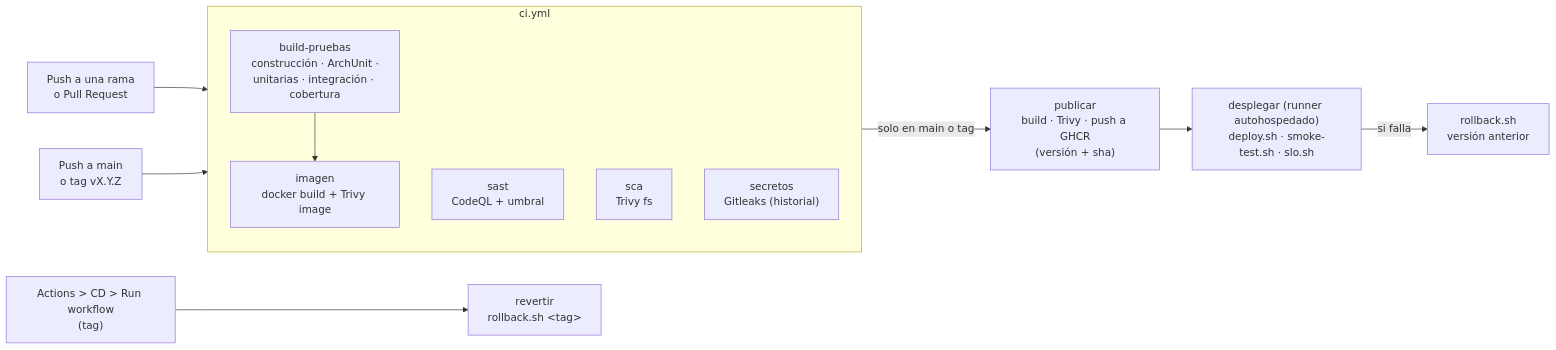
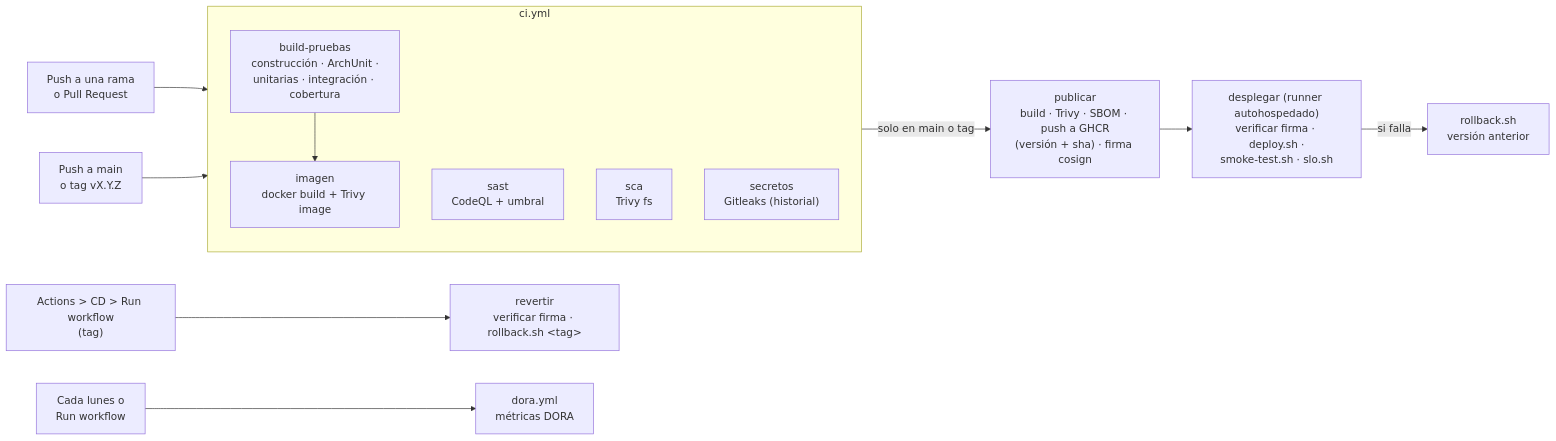
Before and after one commit to Carvaa-7/DYAS-DevSecOps: the first of 2 diagrams in docs/devops.md, drawn with Mermaid. The commit also changed other lines of this file and 12 other files, not shown here.

First line of the commit message:
Agrega cadena de suministro, métricas DORA e instrucciones para agentes

````diff
--- a/docs/devops.md
+++ b/docs/devops.md
@@ -7,20 +7,21 @@
 ```mermaid
 flowchart LR
     pr["Push a una rama<br/>o Pull Request"] --> ci
     main["Push a main<br/>o tag vX.Y.Z"] --> ci
 
     subgraph ci["ci.yml"]
         direction TB
         build["build-pruebas<br/>construcción · ArchUnit ·<br/>unitarias · integración · cobertura"]
         sast["sast<br/>CodeQL + umbral"]
         sca["sca<br/>Trivy fs"]
         sec["secretos<br/>Gitleaks (historial)"]
         img["imagen<br/>docker build + Trivy image"]
         build --> img
     end
 
-    ci -->|"solo en main o tag"| pub["publicar<br/>build · Trivy · push a GHCR<br/>(versión + sha)"]
-    pub --> dep["desplegar (runner autohospedado)<br/>deploy.sh · smoke-test.sh · slo.sh"]
+    ci -->|"solo en main o tag"| pub["publicar<br/>build · Trivy · SBOM · push a GHCR<br/>(versión + sha) · firma cosign"]
+    pub --> dep["desplegar (runner autohospedado)<br/>verificar firma · deploy.sh ·<br/>smoke-test.sh · slo.sh"]
     dep -->|"si falla"| rb["rollback.sh<br/>versión anterior"]
-    manual["Actions > CD > Run workflow<br/>(tag)"] --> rev["revertir<br/>rollback.sh &lt;tag&gt;"]
+    manual["Actions > CD > Run workflow<br/>(tag)"] --> rev["revertir<br/>verificar firma · rollback.sh &lt;tag&gt;"]
+    lunes["Cada lunes o<br/>Run workflow"] --> dora["dora.yml<br/>métricas DORA"]
 ```
````
